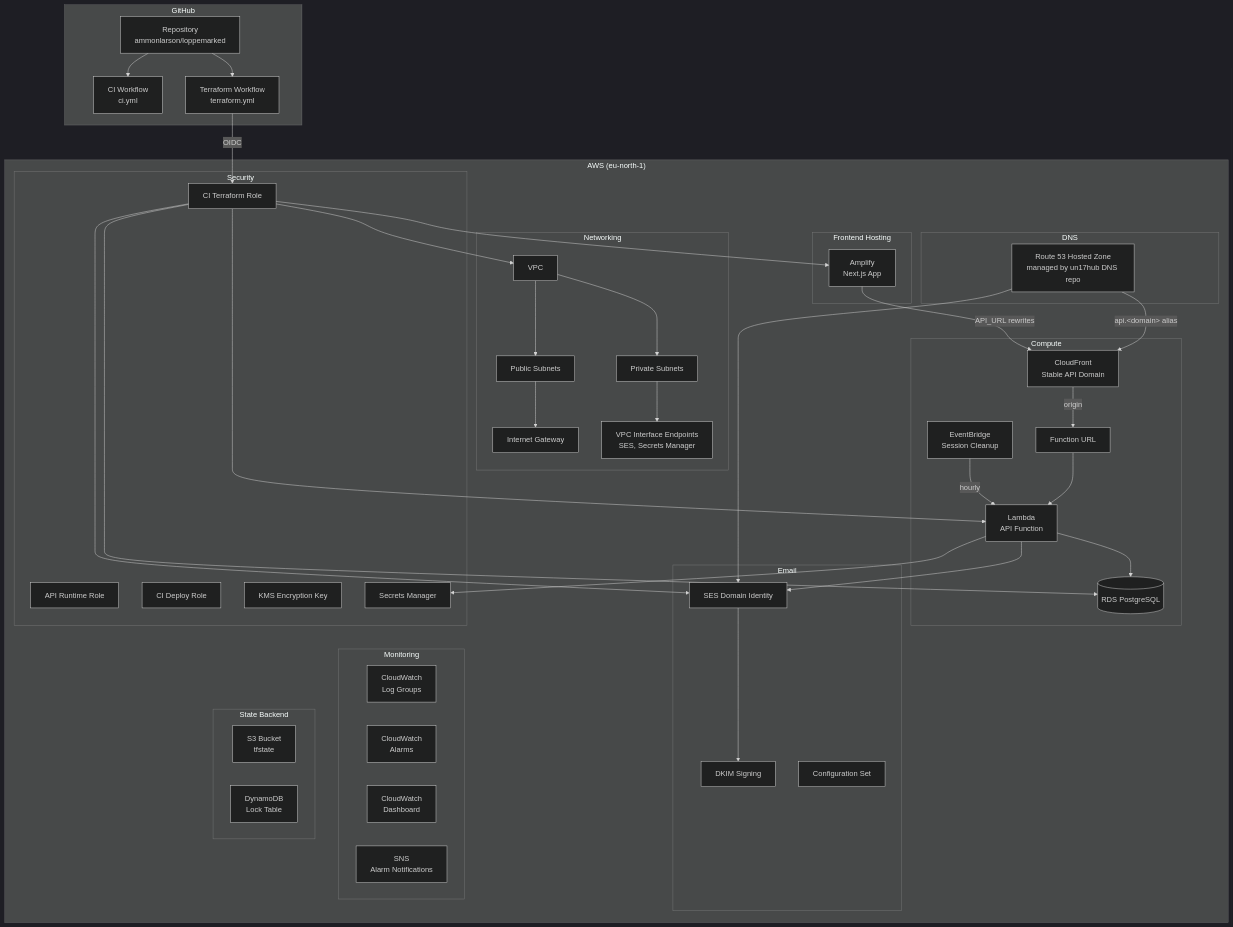
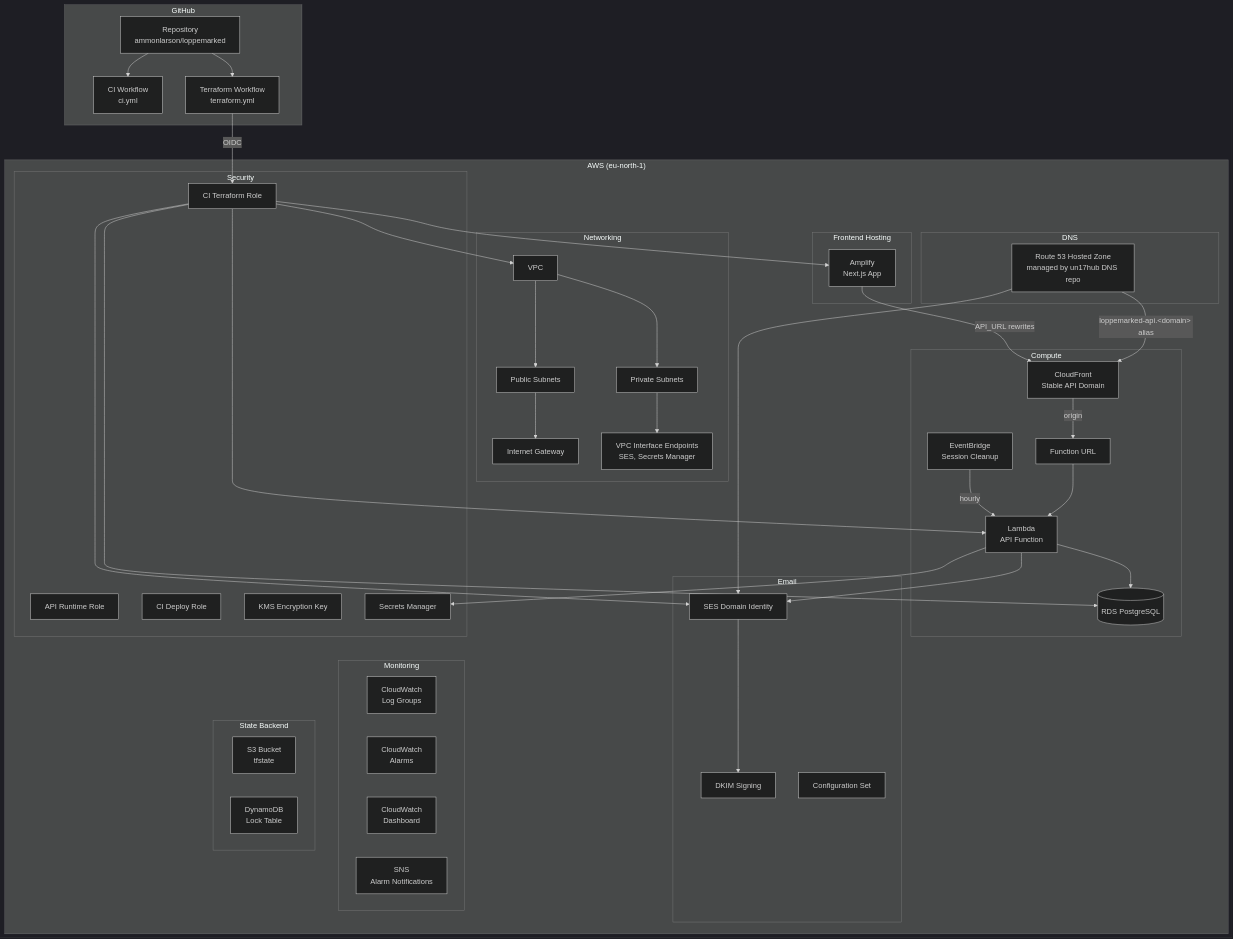
Before and after one commit to ammonl/loppemarked: the sixth of 7 diagrams in docs/architecture.md, drawn with Mermaid (dark theme). The commit also changed 7 other files, not shown here.

First line of the commit message:
fix(infra): move stable API domain to loppemarked-api.&lt;domain&gt; (avoid un17hub collision) (#268)

```diff
--- a/docs/architecture.md
+++ b/docs/architecture.md
@@ -390,7 +390,7 @@
     IAM_TF --> AMPLIFY
     LAMBDA_URL --> LAMBDA
     CF -->|origin| LAMBDA_URL
-    R53 -->|api.&lt;domain&gt; alias| CF
+    R53 -->|loppemarked-api.&lt;domain&gt; alias| CF
     AMPLIFY -->|API_URL rewrites| CF
     EB -->|hourly| LAMBDA
     LAMBDA --> RDS
```
